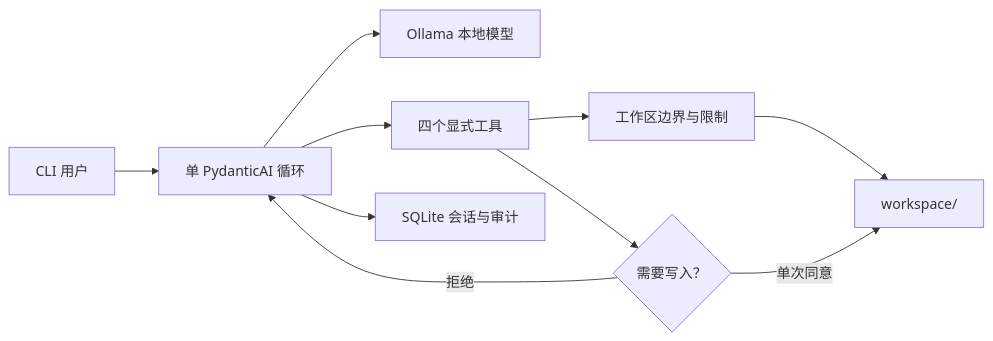
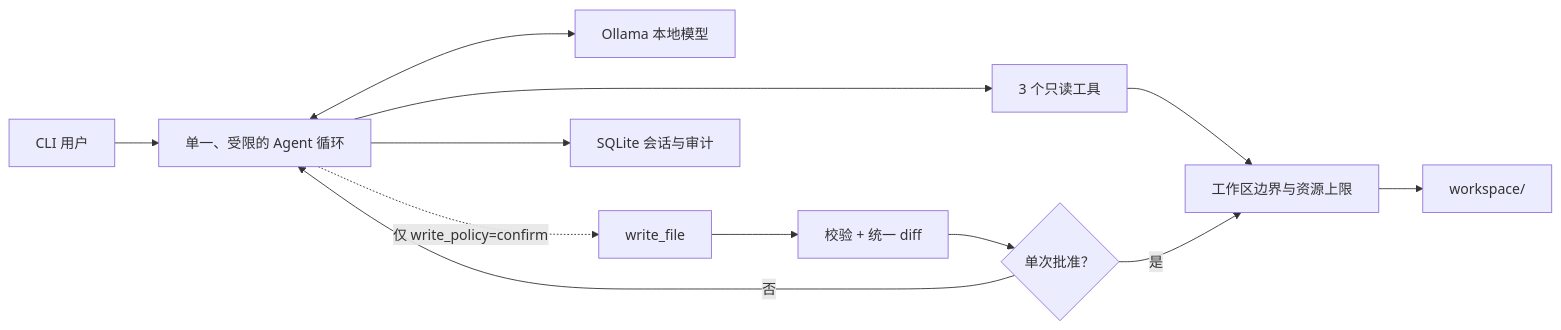
One commit to MuzeAnisichael/minimal-local-agent changed the diagram in README.zh-CN.md. Above: the diagram before and after it, drawn with Mermaid. The commit also changed other lines of this file and 22 other files, not shown here.

````diff
--- a/README.zh-CN.md
+++ b/README.zh-CN.md
@@ -86,12 +109,14 @@
 ```mermaid
 flowchart LR
-    User["CLI 用户"] --> Loop["单 PydanticAI 循环"]
-    Loop --> Model["Ollama 本地模型"]
-    Loop --> Tools["四个显式工具"]
-    Tools --> Guard["工作区边界与限制"]
+    User["CLI 用户"] --> Loop["单一、受限的 Agent 循环"]
+    Loop <--> Model["Ollama 本地模型"]
+    Loop --> Read["3 个只读工具"]
+    Loop -. "仅 write_policy=confirm" .-> Write["write_file"]
+    Read --> Guard["工作区边界与资源上限"]
+    Write --> Preview["校验 + 统一 diff"]
+    Preview --> Approval{"单次批准？"}
+    Approval -->|是| Guard
+    Approval -->|否| Loop
     Guard --> Files["workspace/"]
     Loop --> Store["SQLite 会话与审计"]
-    Tools --> Confirm{"需要写入？"}
-    Confirm -->|单次同意| Files
-    Confirm -->|拒绝| Loop
 ```
````
